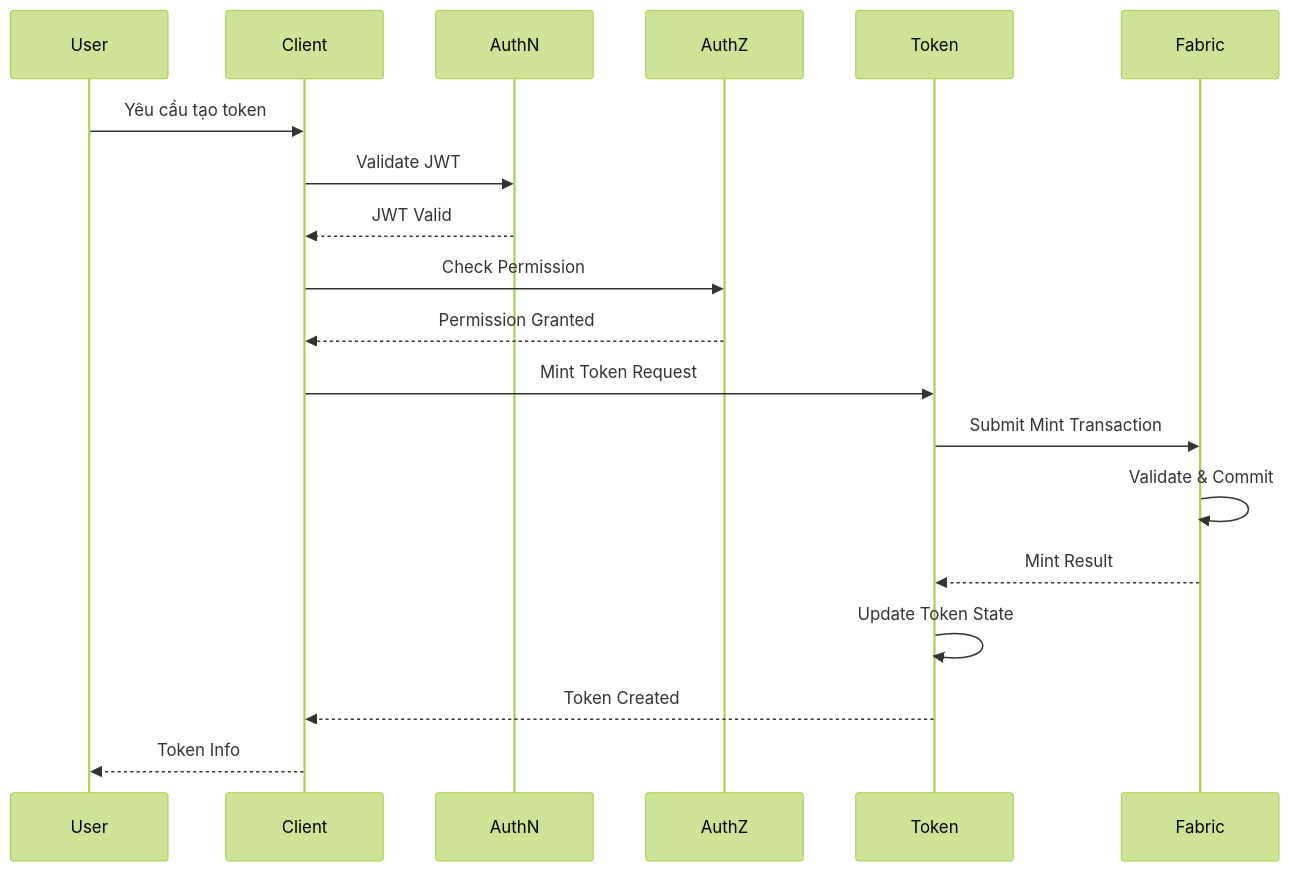
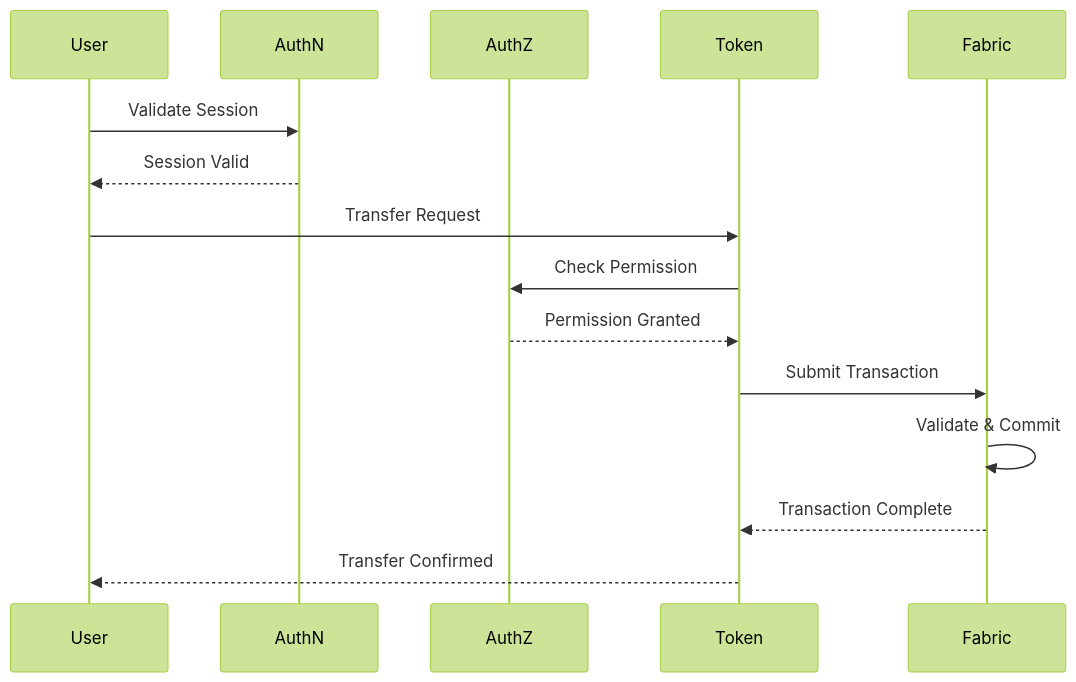
One commit to metafi-blockchain/metafi-digital-assets-service changed the third of 6 diagrams in docs/rd.vi.md. Above: the diagram before and after it, drawn with Mermaid (forest theme). The commit also changed other lines of this file and 1 other file, not shown here.

````diff
--- a/docs/rd.vi.md
+++ b/docs/rd.vi.md
@@ -92,25 +147,21 @@
 ```mermaid
 sequenceDiagram
     participant User
-    participant Client
     participant AuthN
     participant AuthZ
     participant Token
     participant Fabric
     
-    User->>Client: Yêu cầu tạo token
-    Client->>AuthN: Validate JWT
-    AuthN-->>Client: JWT Valid
+    User->>AuthN: Validate Session
+    AuthN-->>User: Session Valid
     
-    Client->>AuthZ: Check Permission
-    AuthZ-->>Client: Permission Granted
+    User->>Token: Transfer Request
+    Token->>AuthZ: Check Permission
+    AuthZ-->>Token: Permission Granted
     
-    Client->>Token: Mint Token Request
-    Token->>Fabric: Submit Mint Transaction
+    Token->>Fabric: Submit Transaction
     Fabric->>Fabric: Validate & Commit
-    Fabric-->>Token: Mint Result
+    Fabric-->>Token: Transaction Complete
     
-    Token->>Token: Update Token State
-    Token-->>Client: Token Created
-    Client-->>User: Token Info
+    Token-->>User: Transfer Confirmed
 ```
````
